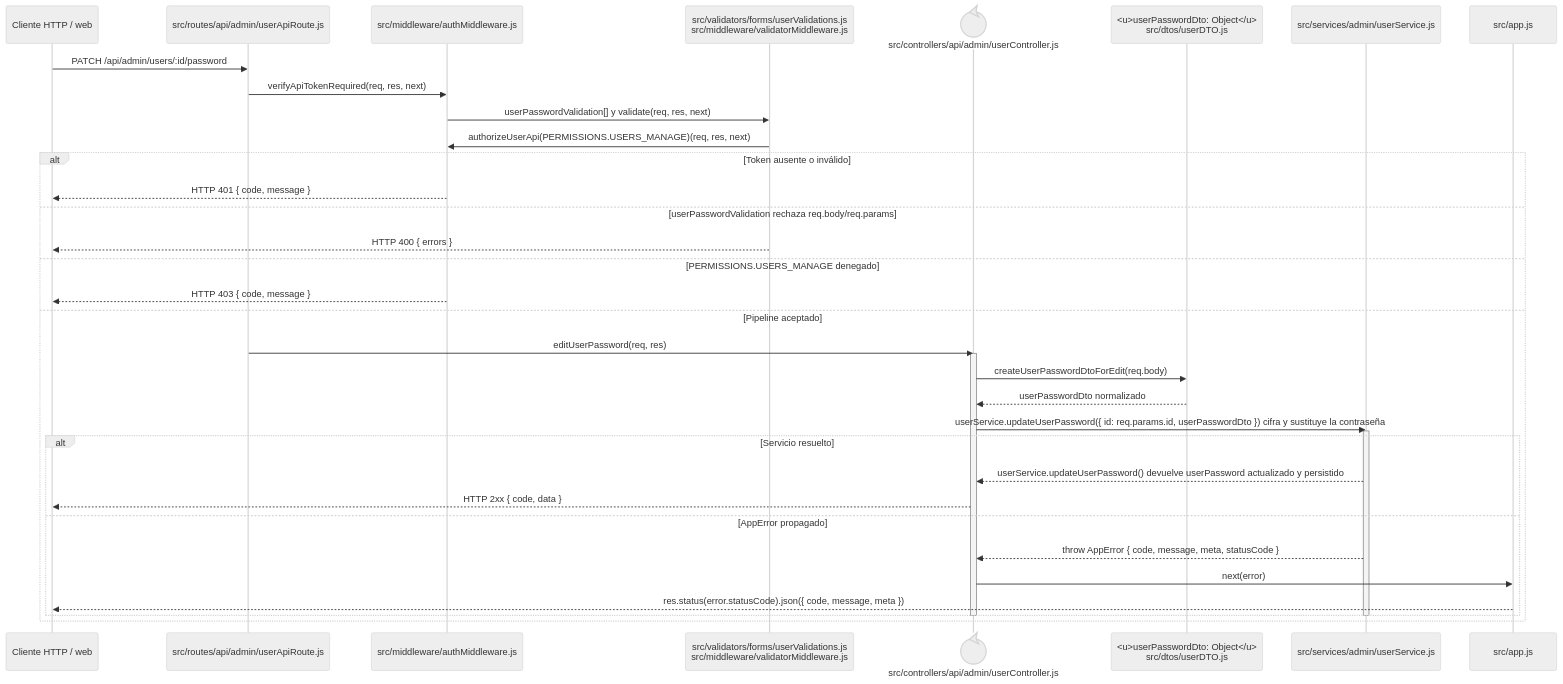
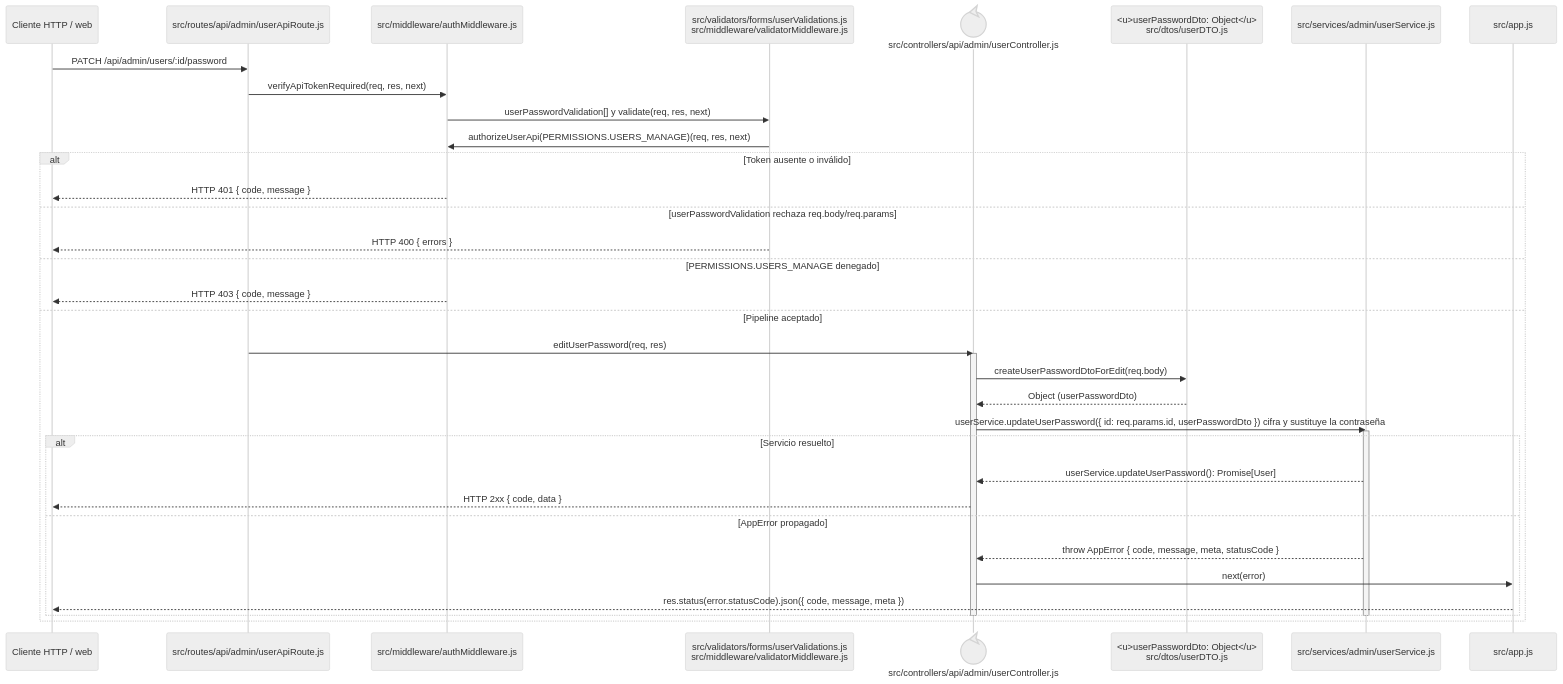
Before and after one commit to gpgsistemas01/nexus: the diagram in docs/architecture/backend-code-sequences/identity-access/cu-ida-08.md, drawn with Mermaid (neutral theme). The commit also changed 146 other files, not shown here.

````diff
--- a/docs/architecture/backend-code-sequences/identity-access/cu-ida-08.md
+++ b/docs/architecture/backend-code-sequences/identity-access/cu-ida-08.md
@@ -6,40 +6,40 @@
 ```mermaid
 sequenceDiagram
     participant Client as Cliente HTTP / web
     participant Route as src/routes/api/admin/userApiRoute.js
     participant Auth as src/middleware/authMiddleware.js
     participant Validator as src/validators/forms/userValidations.js<br/>src/middleware/validatorMiddleware.js
     participant Controller@{ "type": "control" } as src/controllers/api/admin/userController.js
     participant PasswordDto as <u>userPasswordDto: Object</u><br/>src/dtos/userDTO.js
     participant Domain as src/services/admin/userService.js
     participant ErrorHandler as src/app.js
 
     Client->>Route: PATCH /api/admin/users/:id/password
     Route->>Auth: verifyApiTokenRequired(req, res, next)
     Auth->>Validator: userPasswordValidation[] y validate(req, res, next)
     Validator->>Auth: authorizeUserApi(PERMISSIONS.USERS_MANAGE)(req, res, next)
     alt Token ausente o inválido
         Auth-->>Client: HTTP 401 { code, message }
     else userPasswordValidation rechaza req.body/req.params
         Validator-->>Client: HTTP 400 { errors }
     else PERMISSIONS.USERS_MANAGE denegado
         Auth-->>Client: HTTP 403 { code, message }
     else Pipeline aceptado
         Route->>Controller: editUserPassword(req, res)
         activate Controller
         Controller->>PasswordDto: createUserPasswordDtoForEdit(req.body)
-        PasswordDto-->>Controller: userPasswordDto normalizado
+        PasswordDto-->>Controller: Object (userPasswordDto)
         Controller->>Domain: userService.updateUserPassword({ id: req.params.id, userPasswordDto }) cifra y sustituye la contraseña
         activate Domain
         alt Servicio resuelto
-            Domain-->>Controller: userService.updateUserPassword() devuelve userPassword actualizado y persistido
+            Domain-->>Controller: userService.updateUserPassword(): Promise[User]
             Controller-->>Client: HTTP 2xx { code, data }
         else AppError propagado
             Domain-->>Controller: throw AppError { code, message, meta, statusCode }
             Controller->>ErrorHandler: next(error)
             ErrorHandler-->>Client: res.status(error.statusCode).json({ code, message, meta })
         end
         deactivate Domain
         deactivate Controller
     end
 ```
````
